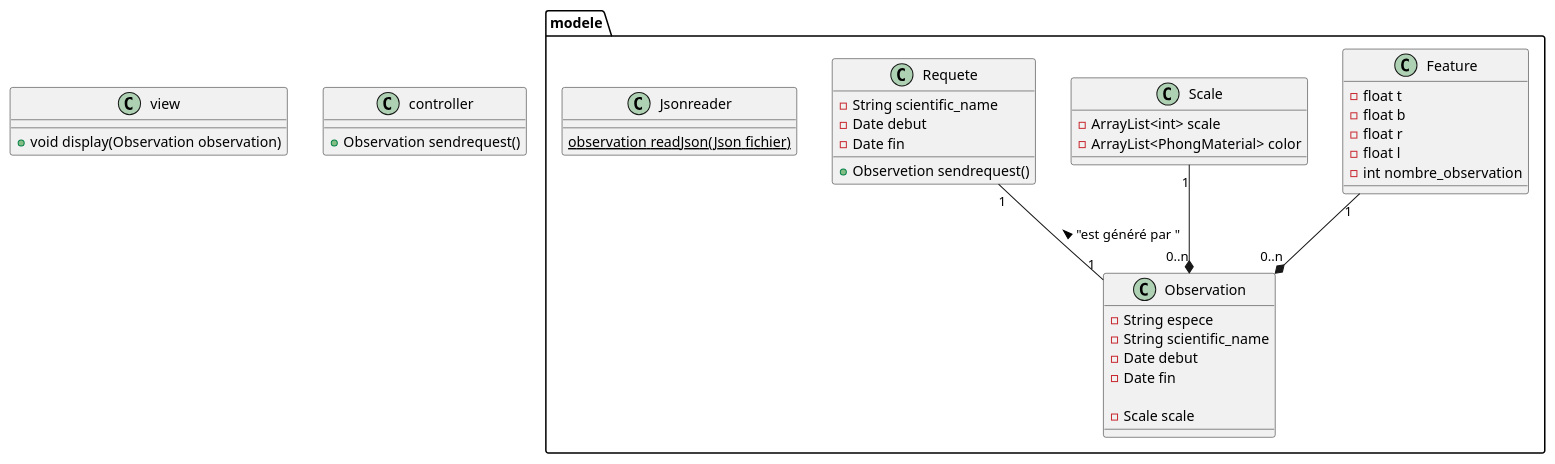
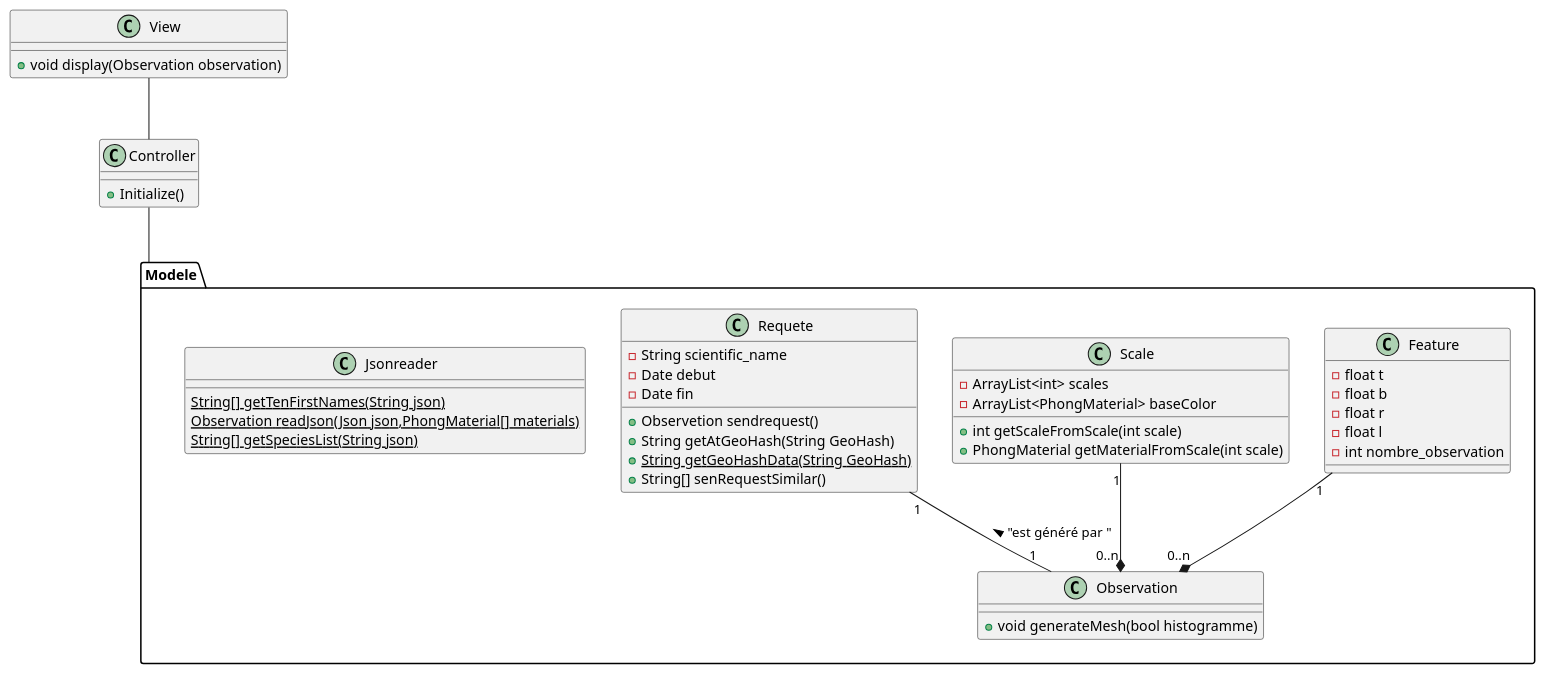
The diagram in diagram.plantuml (ClementChambard/ProjetIHM), drawn with PlantUML before and after one commit. The commit also changed 4 other files, not shown here.

```diff
--- a/diagram.plantuml
+++ b/diagram.plantuml
@@ -1,54 +1,63 @@
 @startuml
-namespace modele{
+namespace Modele{
 class Observation{
-  -String espece
-  -String scientific_name
-  -Date debut
-  -Date fin
 
-  -Scale scale
+
+
+  +void generateMesh(bool histogramme)
 
 
 }
 class Feature{
    -float t
    -float b
    -float r
    -float l
    -int nombre_observation
 
 }
 
 class Scale{
-   -ArrayList<int> scale
-   -ArrayList<PhongMaterial> color
+   -ArrayList<int> scales
+   -ArrayList<PhongMaterial> baseColor
+   +int getScaleFromScale(int scale)
+   +PhongMaterial getMaterialFromScale(int scale)
 
 
 }
 class Requete{
 
   -String scientific_name
   -Date debut
   -Date fin
     
     
 
 
     + Observetion sendrequest()
+    + String getAtGeoHash(String GeoHash)
+    +{static} String getGeoHashData(String GeoHash)
+    + String[] senRequestSimilar()
 }
 class Jsonreader{
-      {static}observation readJson(Json fichier)
+      {static} String[] getTenFirstNames(String json)
+      {static}Observation readJson(Json json,PhongMaterial[] materials)
+      {static}String[] getSpeciesList(String json)
 }
 Feature"1"--*"0..n"Observation
 Requete"1"--"1"Observation :< "est généré par "
 Scale"1"--*"0..n"Observation
 }
-class view{
+class View{
   +void display(Observation observation)
 }
-class controller{
-  +Observation sendrequest()
+class Controller{
+  +Initialize()
 }
 
 
+Controller--Modele
+View--Controller
+
+
 @enduml
```
